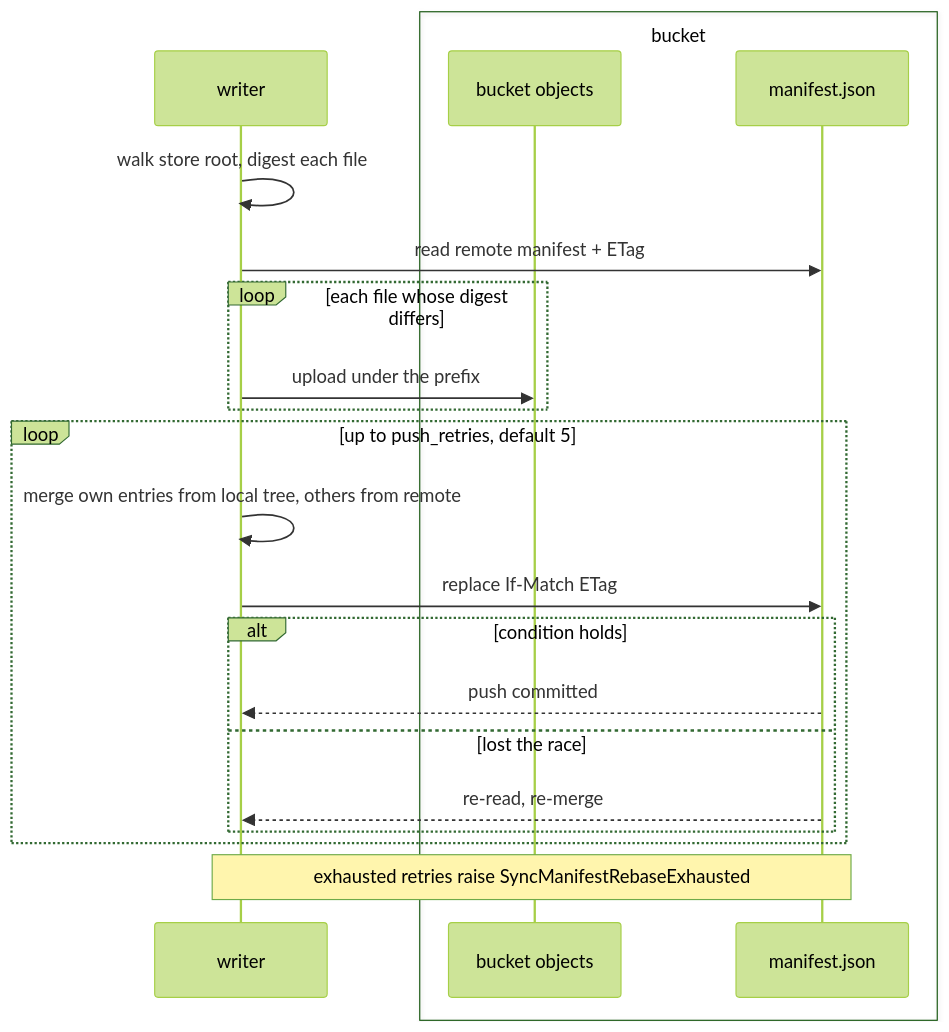
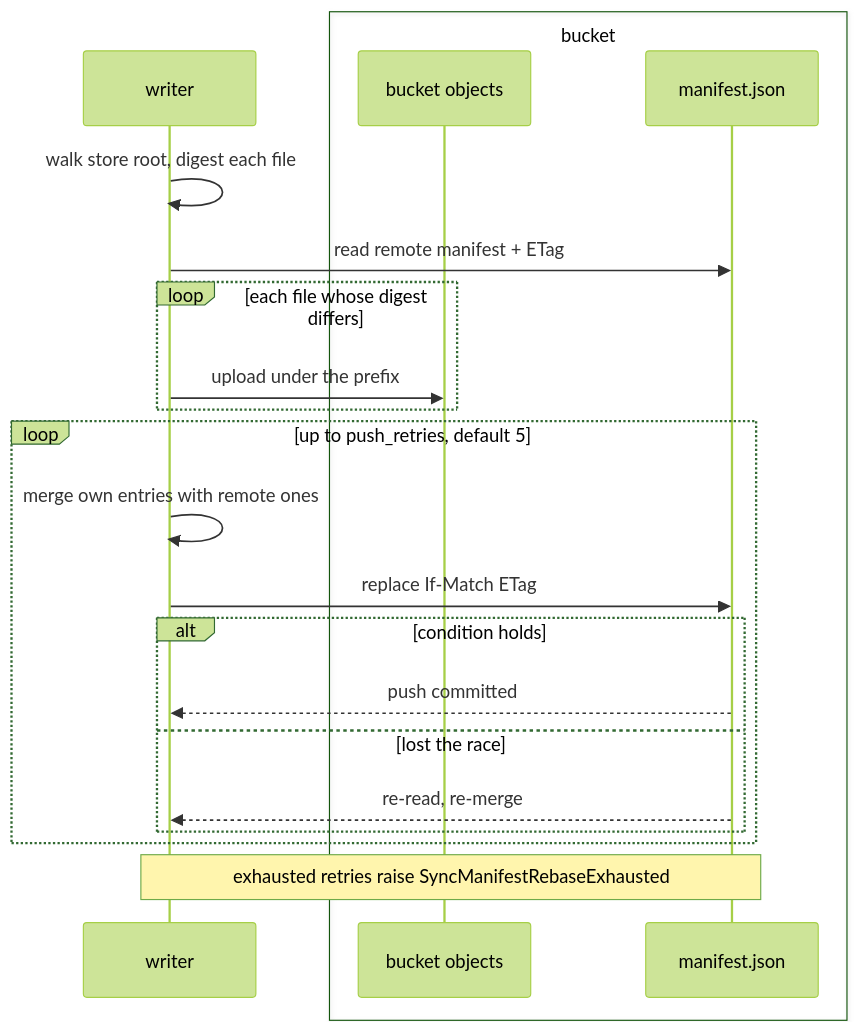
The third of 5 diagrams in spec/10-store.md (fractalboxdev/contextful), drawn with Mermaid (forest theme) before and after one commit. The commit also changed other lines of this file and 31 other files, not shown here.

First line of the commit message:
spec: every diagram draws things as nodes and what flows as labelled edges

````diff
--- a/spec/10-store.md
+++ b/spec/10-store.md
@@ -323,24 +322,24 @@
 ```mermaid
 sequenceDiagram
   participant W as writer
   box bucket
     participant B as bucket objects
     participant M as manifest.json
   end
 
   W->>W: walk store root, digest each file
   W->>M: read remote manifest + ETag
   loop each file whose digest differs
     W->>B: upload under the prefix
   end
   loop up to push_retries, default 5
-    W->>W: merge own entries from local tree, others from remote
+    W->>W: merge own entries with remote ones
     W->>M: replace If-Match ETag
     alt condition holds
       M-->>W: push committed
     else lost the race
       M-->>W: re-read, re-merge
     end
   end
   Note over W,M: exhausted retries raise SyncManifestRebaseExhausted
 ```
````
